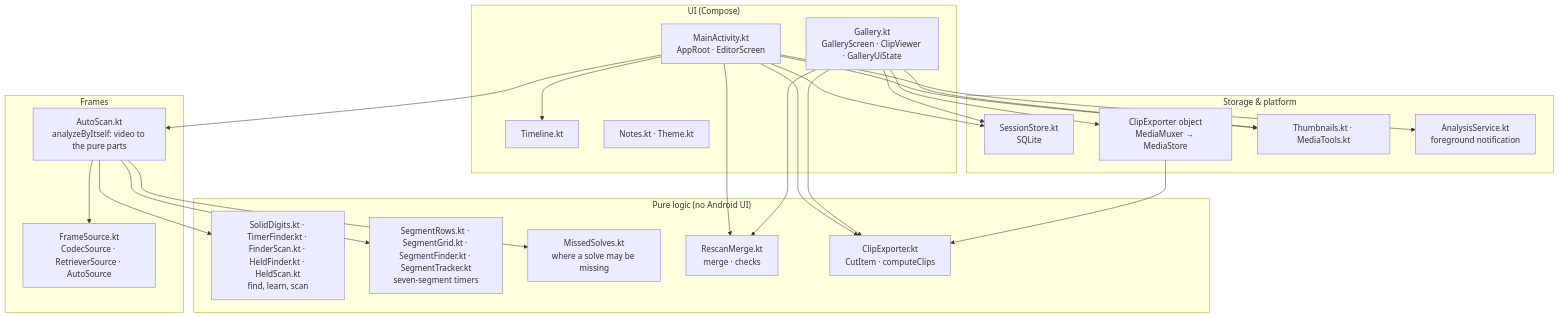
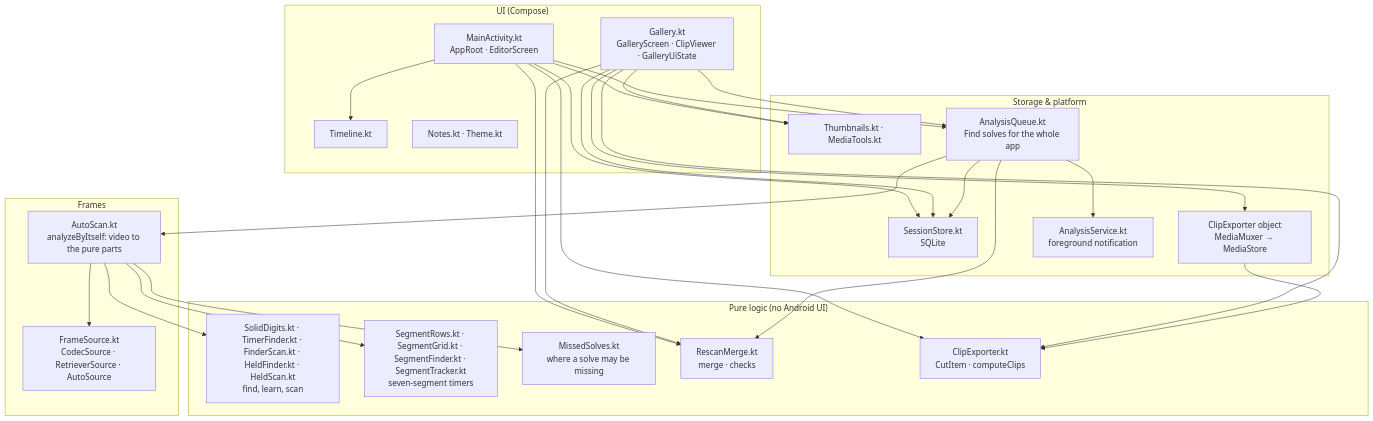
Before and after one commit to justinihil/CubeCut: the first of 5 diagrams in ARCHITECTURE.md, drawn with Mermaid. The commit also changed other lines of this file and 14 other files, not shown here.

First line of the commit message:
feat(scan): run Find solves in an app-wide background queue (4.0-B)

````diff
--- a/ARCHITECTURE.md
+++ b/ARCHITECTURE.md
@@ -15,30 +15,32 @@
 ```mermaid
 flowchart TB
   subgraph UI["UI (Compose)"]
     MA["MainActivity.kt<br/>AppRoot · EditorScreen"]
     GA["Gallery.kt<br/>GalleryScreen · ClipViewer · GalleryUiState"]
     TL["Timeline.kt"]
     NT["Notes.kt · Theme.kt"]
   end
   subgraph Domain["Pure logic (no Android UI)"]
     TF["SolidDigits.kt · TimerFinder.kt · FinderScan.kt · HeldFinder.kt · HeldScan.kt<br/>find, learn, scan"]
     SF["SegmentRows.kt · SegmentGrid.kt · SegmentFinder.kt · SegmentTracker.kt<br/>seven-segment timers"]
     MS["MissedSolves.kt<br/>where a solve may be missing"]
     RM["RescanMerge.kt<br/>merge · checks"]
     CE1["ClipExporter.kt<br/>CutItem · computeClips"]
   end
   subgraph Vision["Frames"]
     AU["AutoScan.kt<br/>analyzeByItself: video to the pure parts"]
     FS["FrameSource.kt<br/>CodecSource · RetrieverSource · AutoSource"]
   end
   subgraph Platform["Storage & platform"]
     SS["SessionStore.kt<br/>SQLite"]
     CE2["ClipExporter object<br/>MediaMuxer → MediaStore"]
     TH["Thumbnails.kt · MediaTools.kt"]
+    AQ["AnalysisQueue.kt<br/>Find solves for the whole app"]
     AS["AnalysisService.kt<br/>foreground notification"]
   end
-  MA --> AU & RM & CE1 & SS & TL & AS & TH
-  GA --> SS & CE1 & CE2 & RM & TH
+  MA --> AQ & RM & CE1 & SS & TL & TH
+  GA --> AQ & SS & CE1 & CE2 & RM & TH
+  AQ --> AU & AS & SS & RM
   AU --> FS & TF & SF & MS
   CE2 --> CE1
 ```
````
